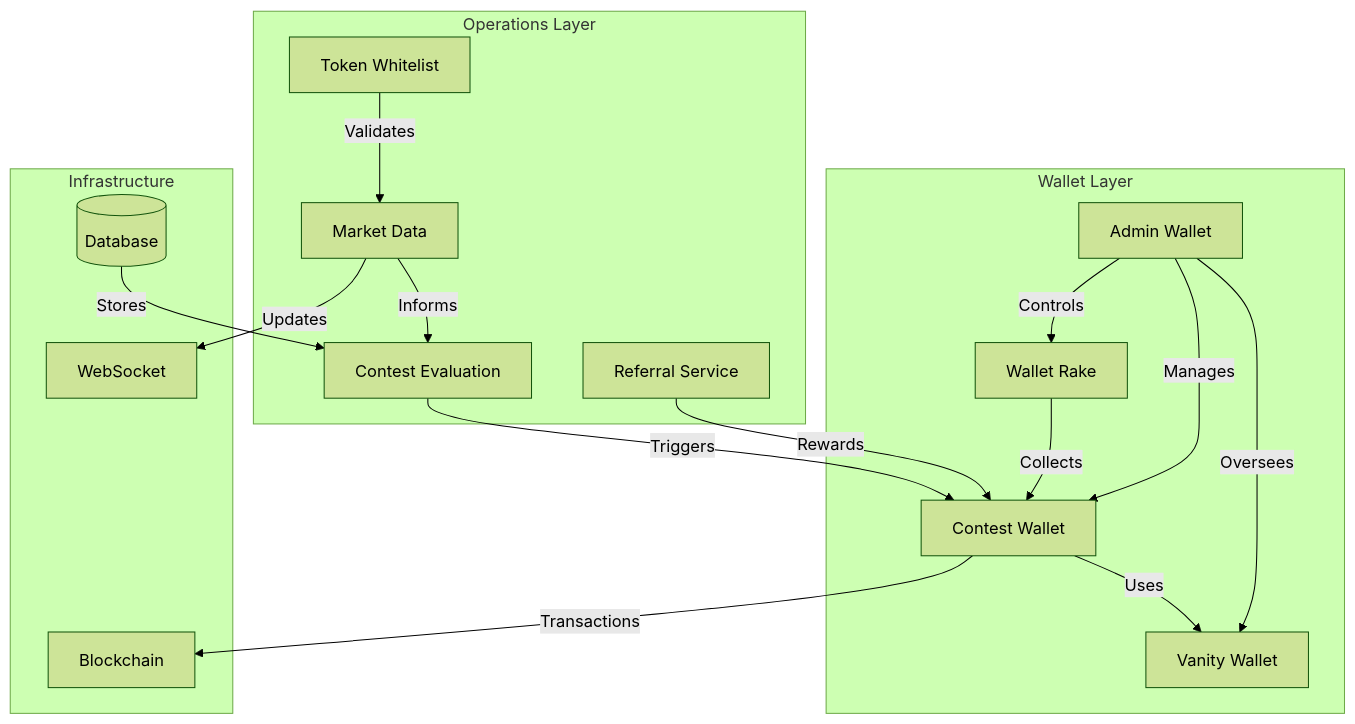
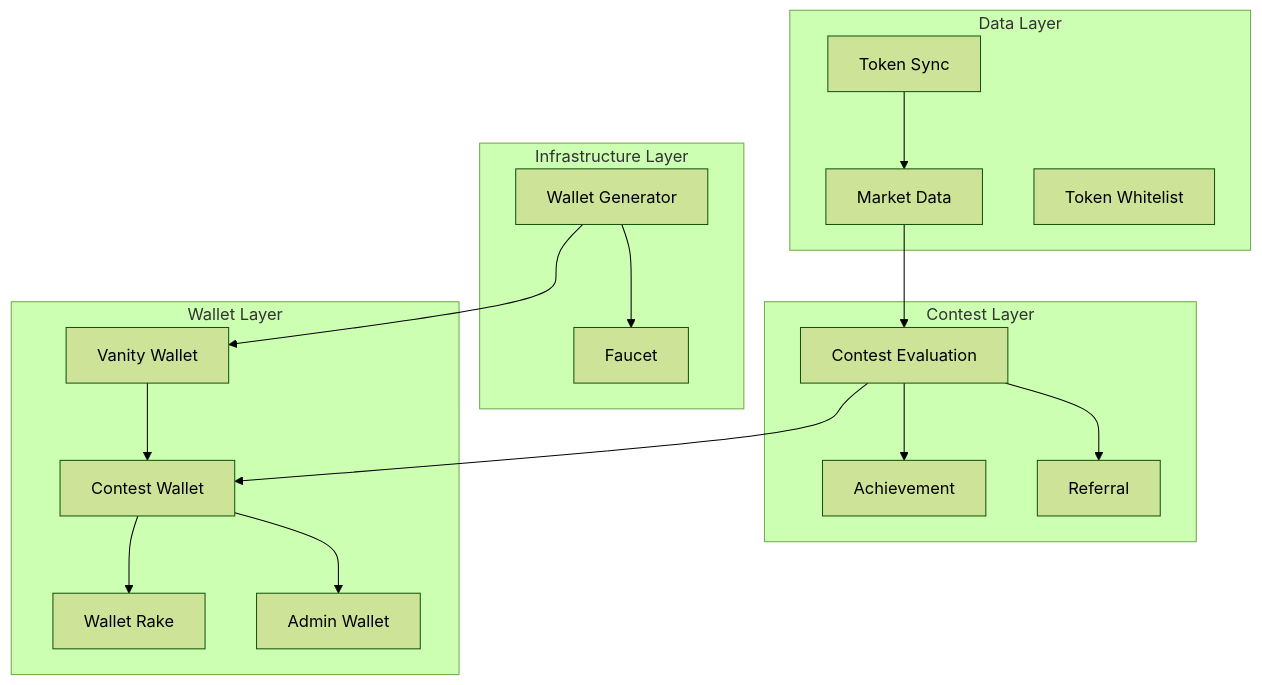
Before and after one commit to BranchManager69/degenduel: the first of 16 diagrams in docs_important/Core Services/**MASTER_SERVICE_ARCHITECTURE.md, drawn with Mermaid (forest theme). The commit also changed other lines of this file and 10 other files, not shown here.

````diff
--- a/docs_important/Core Services/**MASTER_SERVICE_ARCHITECTURE.md
+++ b/docs_important/Core Services/**MASTER_SERVICE_ARCHITECTURE.md
@@ -32,37 +41,37 @@
 ```mermaid
 graph TD
-    subgraph "Operations Layer"
-        CE[Contest Evaluation]
+    subgraph "Infrastructure Layer"
+        WG[Wallet Generator]
+        FC[Faucet]
+    end
+
+    subgraph "Data Layer"
+        TS[Token Sync]
         MD[Market Data]
-        RF[Referral Service]
         WL[Token Whitelist]
     end
-    
+
+    subgraph "Contest Layer"
+        CE[Contest Evaluation]
+        ACH[Achievement]
+        RF[Referral]
+    end
+
     subgraph "Wallet Layer"
         CW[Contest Wallet]
         VW[Vanity Wallet]
         WR[Wallet Rake]
         AW[Admin Wallet]
     end
-    
-    subgraph "Infrastructure"
-        DB[(Database)]
-        WS[WebSocket]
-        BC[Blockchain]
-    end
-    
-    CE -->|Triggers| CW
-    MD -->|Informs| CE
-    RF -->|Rewards| CW
-    WL -->|Validates| MD
-    
-    CW -->|Uses| VW
-    WR -->|Collects| CW
-    AW -->|Manages| CW
-    AW -->|Oversees| VW
-    AW -->|Controls| WR
-    
-    MD -->|Updates| WS
-    CW -->|Transactions| BC
-    DB -->|Stores| CE
+
+    WG --> VW
+    WG --> FC
+    TS --> MD
+    MD --> CE
+    CE --> ACH
+    CE --> RF
+    CE --> CW
+    VW --> CW
+    CW --> WR
+    CW --> AW
 ```
````
